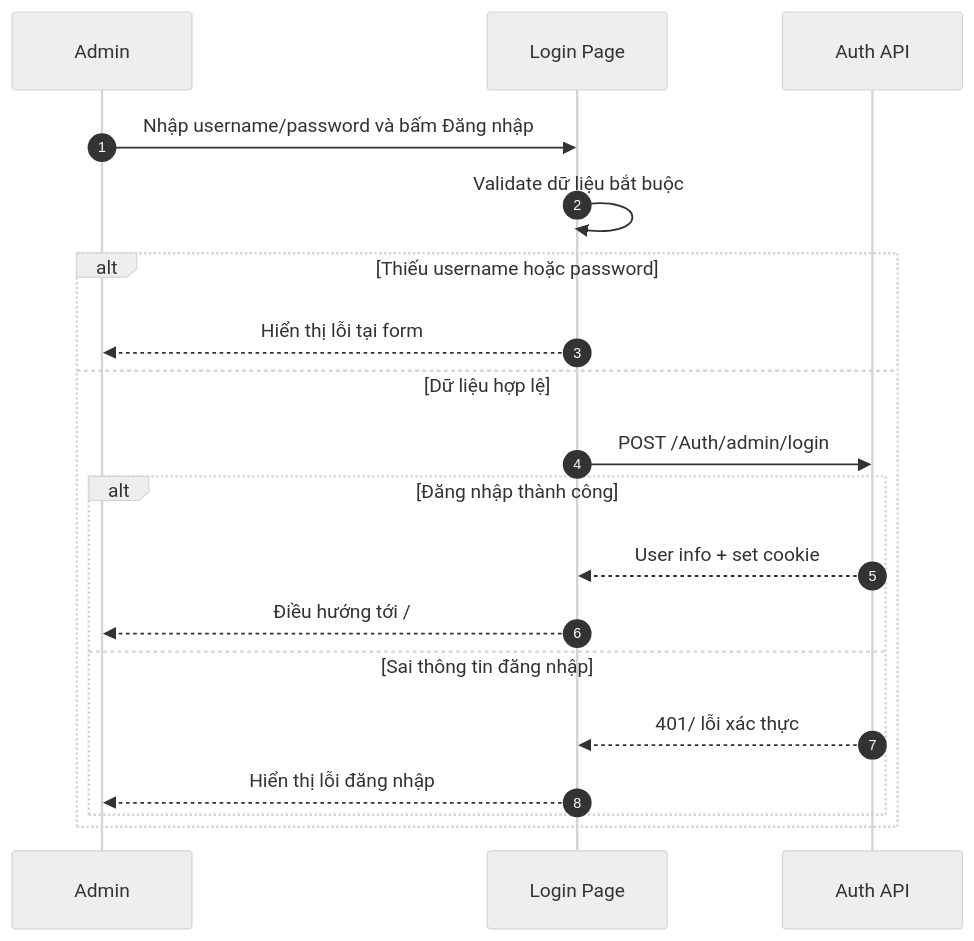
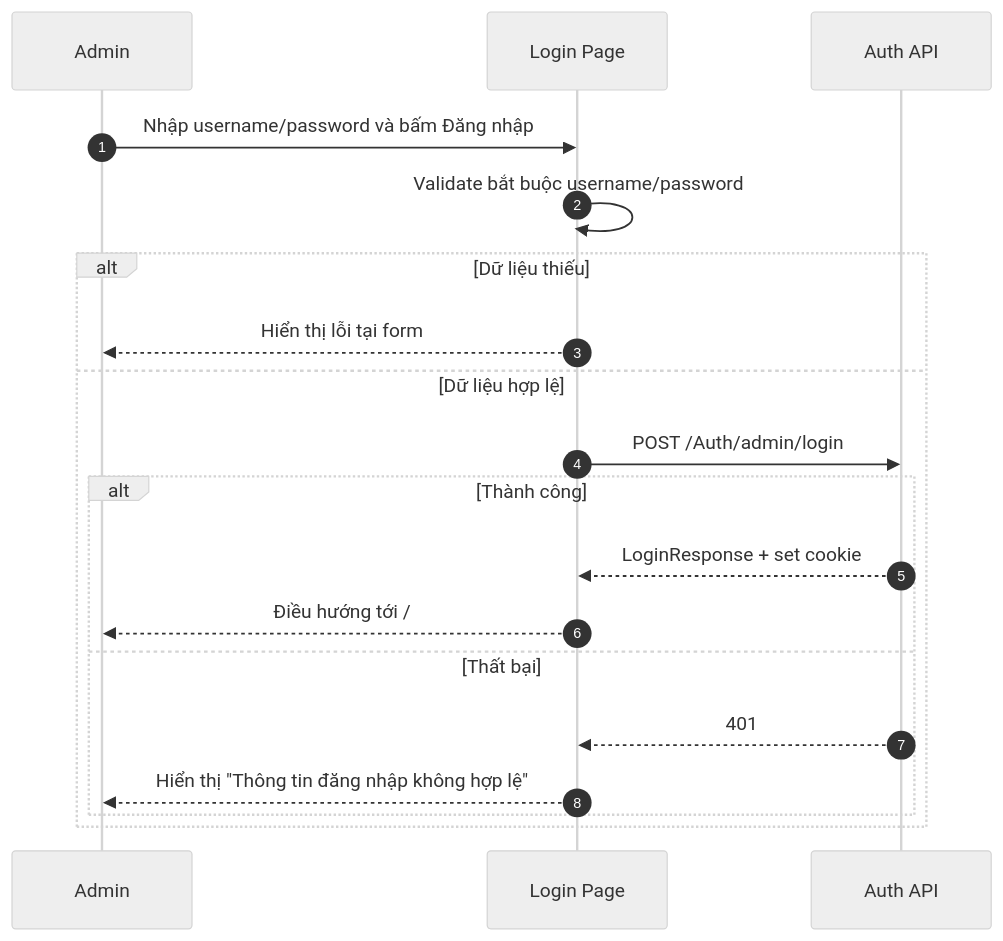
Before and after one commit to sangnp-s-organiztion/food-market-narrator: the second of 24 diagrams in docs/sequence/flow-admin.md, drawn with Mermaid (neutral theme). The commit also changed other lines of this file and 3 other files, not shown here.

Commit message:
cập nhật flow-admin

````diff
--- a/docs/sequence/flow-admin.md
+++ b/docs/sequence/flow-admin.md
@@ -27,22 +34,22 @@
 ```mermaid
 sequenceDiagram
     autonumber
     participant U as Admin
     participant FE as Login Page
     participant AUTH as Auth API
 
     U->>FE: Nhập username/password và bấm Đăng nhập
-    FE->>FE: Validate dữ liệu bắt buộc
-    alt Thiếu username hoặc password
+    FE->>FE: Validate bắt buộc username/password
+    alt Dữ liệu thiếu
         FE-->>U: Hiển thị lỗi tại form
     else Dữ liệu hợp lệ
         FE->>AUTH: POST /Auth/admin/login
-        alt Đăng nhập thành công
-            AUTH-->>FE: User info + set cookie
+        alt Thành công
+            AUTH-->>FE: LoginResponse + set cookie
             FE-->>U: Điều hướng tới /
-        else Sai thông tin đăng nhập
-            AUTH-->>FE: 401/ lỗi xác thực
-            FE-->>U: Hiển thị lỗi đăng nhập
+        else Thất bại
+            AUTH-->>FE: 401
+            FE-->>U: Hiển thị "Thông tin đăng nhập không hợp lệ"
         end
     end
 ```
````
